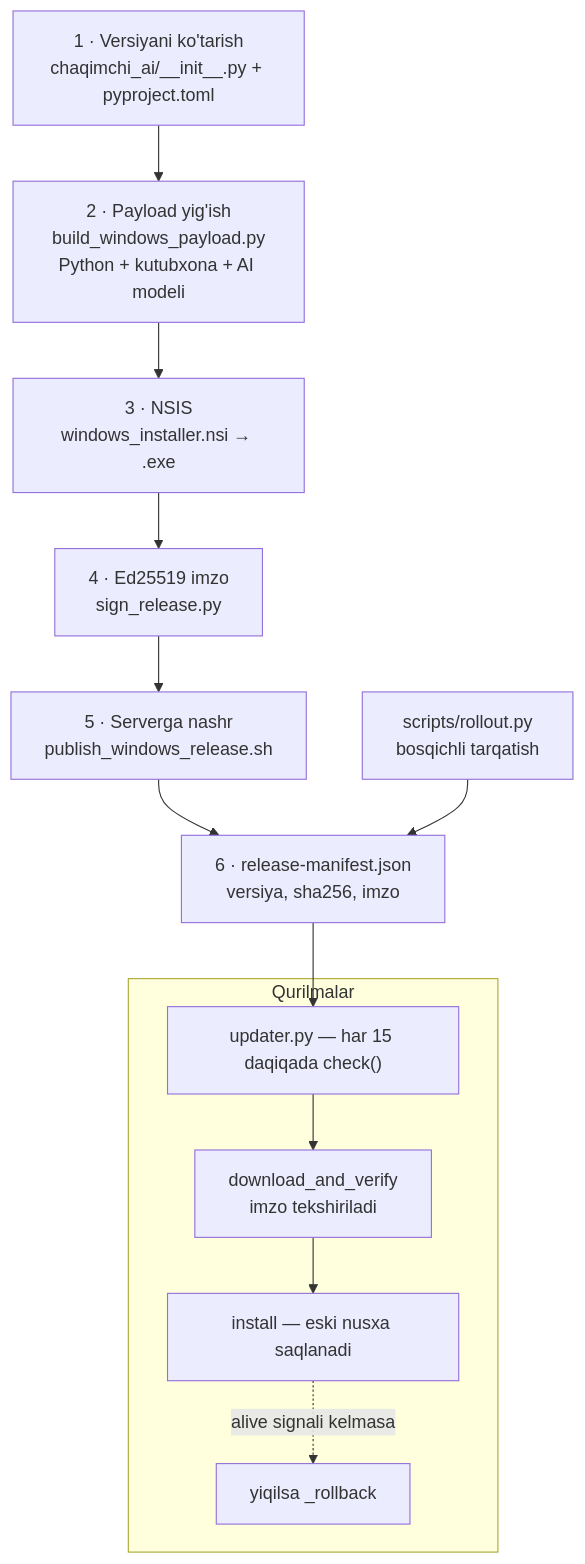
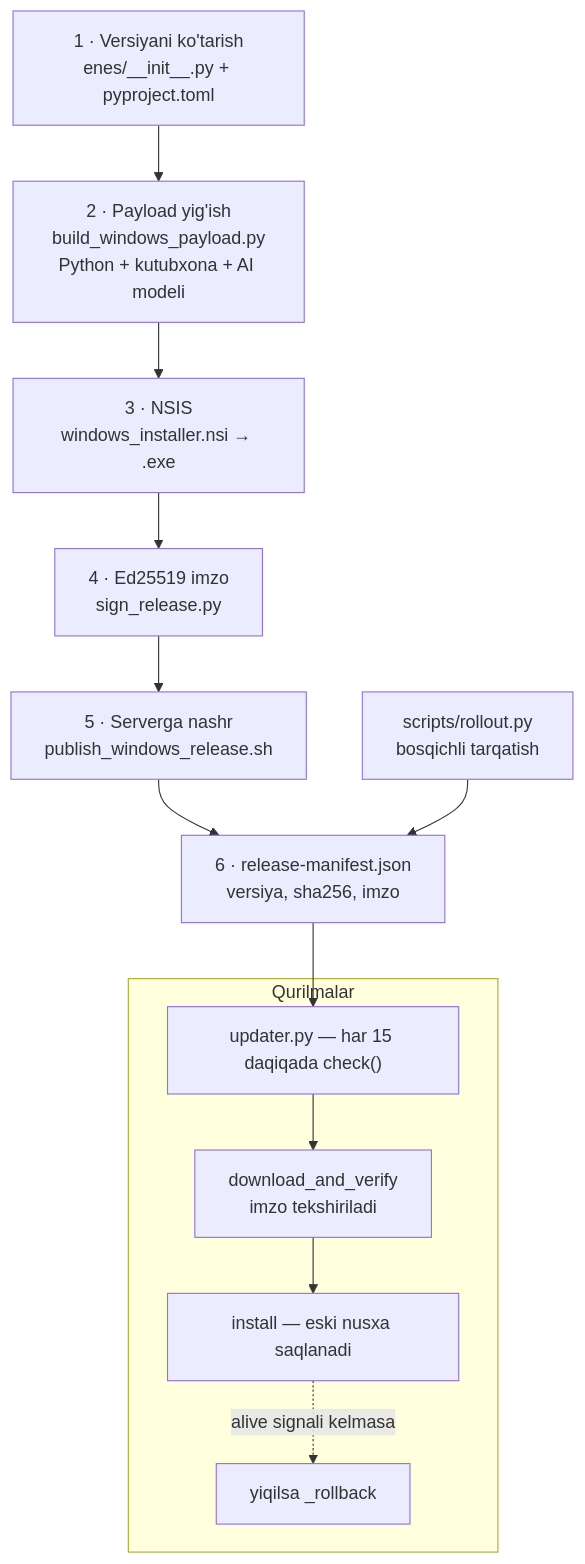
One commit to techjadid2-debug/chaqimchi-ai changed the eighth of 9 diagrams in docs/ARXITEKTURA_XARITASI.md. Above: the diagram before and after it, drawn with Mermaid. The commit also changed other lines of this file and 250 other files, not shown here.

First line of the commit message:
refactor(nom): Python paketi `chaqimchi_ai` → `enes`, eski nomga ko'prik

````diff
--- a/docs/ARXITEKTURA_XARITASI.md
+++ b/docs/ARXITEKTURA_XARITASI.md
@@ -464,24 +464,24 @@
 ```mermaid
 flowchart TB
-  V["1 · Versiyani ko'tarish<br/>chaqimchi_ai/__init__.py + pyproject.toml"]
+  V["1 · Versiyani ko'tarish<br/>enes/__init__.py + pyproject.toml"]
   B["2 · Payload yig'ish<br/>build_windows_payload.py<br/>Python + kutubxona + AI modeli"]
   N["3 · NSIS<br/>windows_installer.nsi → .exe"]
   S["4 · Ed25519 imzo<br/>sign_release.py"]
   P["5 · Serverga nashr<br/>publish_windows_release.sh"]
   M["6 · release-manifest.json<br/>versiya, sha256, imzo"]
 
   V --> B --> N --> S --> P --> M
 
   subgraph DEV["Qurilmalar"]
     U["updater.py — har 15 daqiqada check()"]
     D["download_and_verify<br/>imzo tekshiriladi"]
     I["install — eski nusxa saqlanadi"]
     R["yiqilsa _rollback"]
   end
 
   M --> U --> D --> I
   I -.->|"alive signali kelmasa"| R
 
   RO["scripts/rollout.py<br/>bosqichli tarqatish"]
   RO --> M
 ```
````
